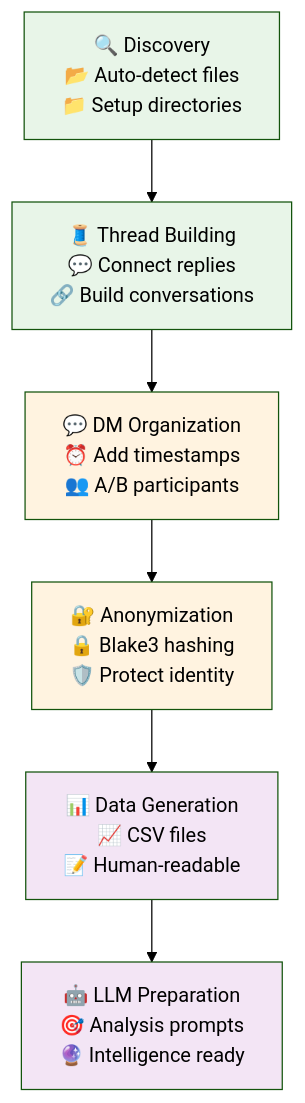
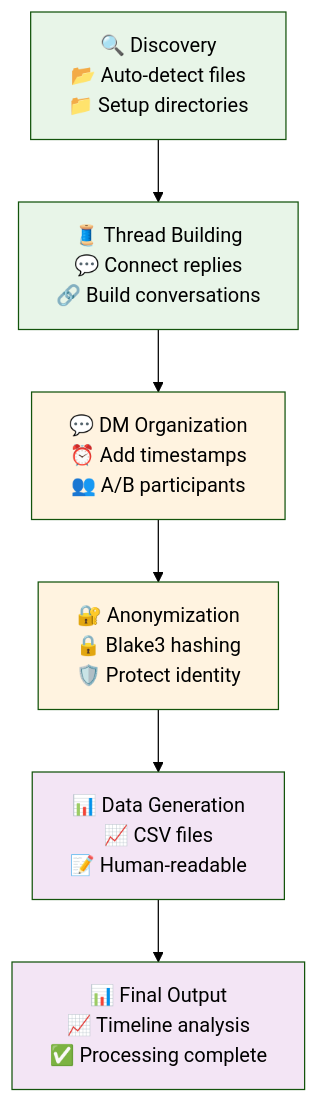
One commit to that-in-rust/tweet-scrolls changed the second of 5 diagrams in ReadMe.md. Above: the diagram before and after it, drawn with Mermaid (forest theme). The commit also changed other lines of this file and 3 other files, not shown here.

````diff
--- a/ReadMe.md
+++ b/ReadMe.md
@@ -84,22 +84,22 @@
 ```mermaid
 flowchart TD
     A1["🔍 Discovery<br/>📂 Auto-detect files<br/>📁 Setup directories"]
     A2["🧵 Thread Building<br/>💬 Connect replies<br/>🔗 Build conversations"]
     A3["💬 DM Organization<br/>⏰ Add timestamps<br/>👥 A/B participants"]
     A4["🔐 Anonymization<br/>🔒 Blake3 hashing<br/>🛡️ Protect identity"]
     A5["📊 Data Generation<br/>📈 CSV files<br/>📝 Human-readable"]
-    A6["🤖 LLM Preparation<br/>🎯 Analysis prompts<br/>🔮 Intelligence ready"]
+    A6["📊 Final Output<br/>📈 Timeline analysis<br/>✅ Processing complete"]
     
     A1 --> A2
     A2 --> A3
     A3 --> A4
     A4 --> A5
     A5 --> A6
     
     style A1 fill:#e8f5e8
     style A2 fill:#e8f5e8  
     style A3 fill:#fff3e0
     style A4 fill:#fff3e0
     style A5 fill:#f3e5f5
     style A6 fill:#f3e5f5
 ```
````
